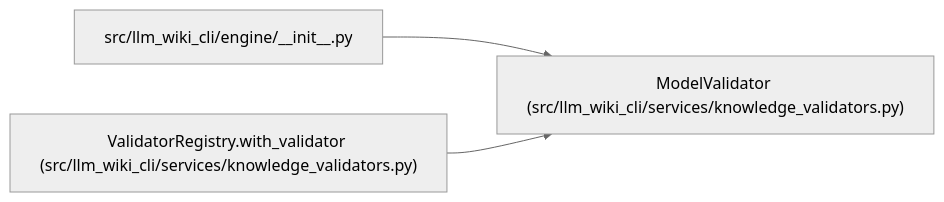
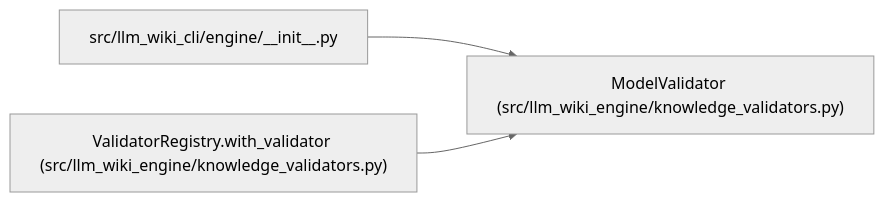
One commit to Denissvgn/python-wiki-llm changed the diagram in docs/llm_wiki/entities/ModelValidator.md. Above: the diagram before and after it, drawn with Mermaid (neutral theme). The commit also changed other lines of this file and 1058 other files, not shown here.

First line of the commit message:
docs: refresh the wiki for the knowledge store move

````diff
--- a/docs/llm_wiki/entities/ModelValidator.md
+++ b/docs/llm_wiki/entities/ModelValidator.md
@@ -38,11 +38,11 @@
 ```mermaid
 flowchart LR
-    n0["ModelValidator (src/llm_wiki_cli/services/knowledge_validators.py)"]
+    n0["ModelValidator (src/llm_wiki_engine/knowledge_validators.py)"]
     n1["src/llm_wiki_cli/engine/__init__.py"]
-    n2["ValidatorRegistry.with_validator (src/llm_wiki_cli/services/knowledge_validators.py)"]
+    n2["ValidatorRegistry.with_validator (src/llm_wiki_engine/knowledge_validators.py)"]
     n1 --> n0
     n2 --> n0
     click n0 "../modules/knowledge_validators.md"
     click n1 "../modules/engine___init__.md"
     click n2 "../modules/knowledge_validators.md"
 ```
````
